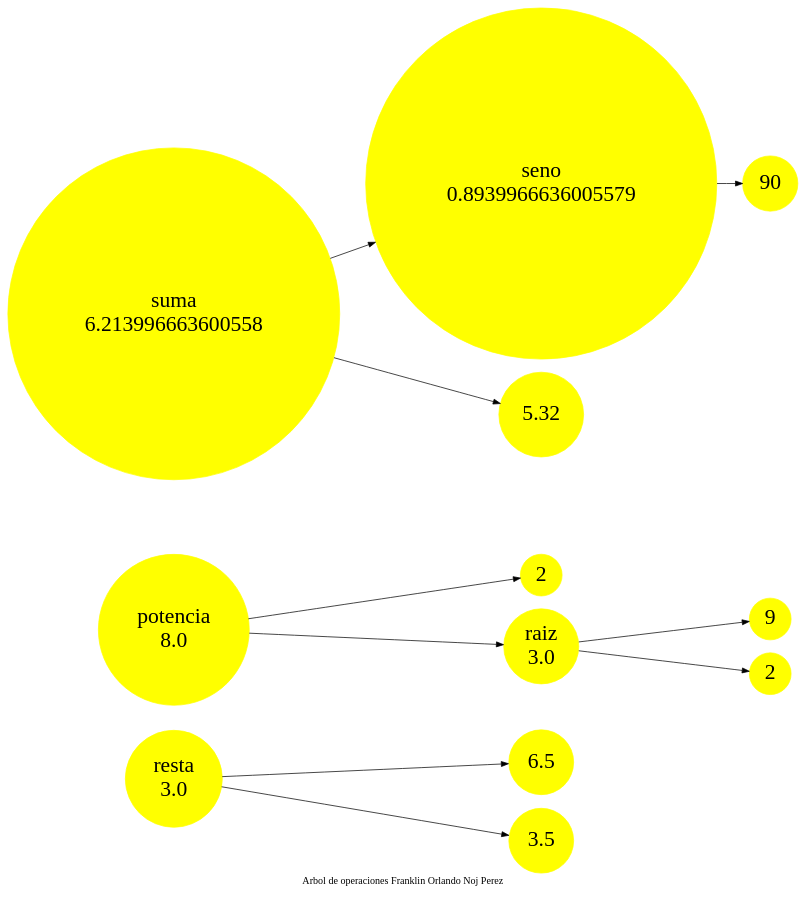
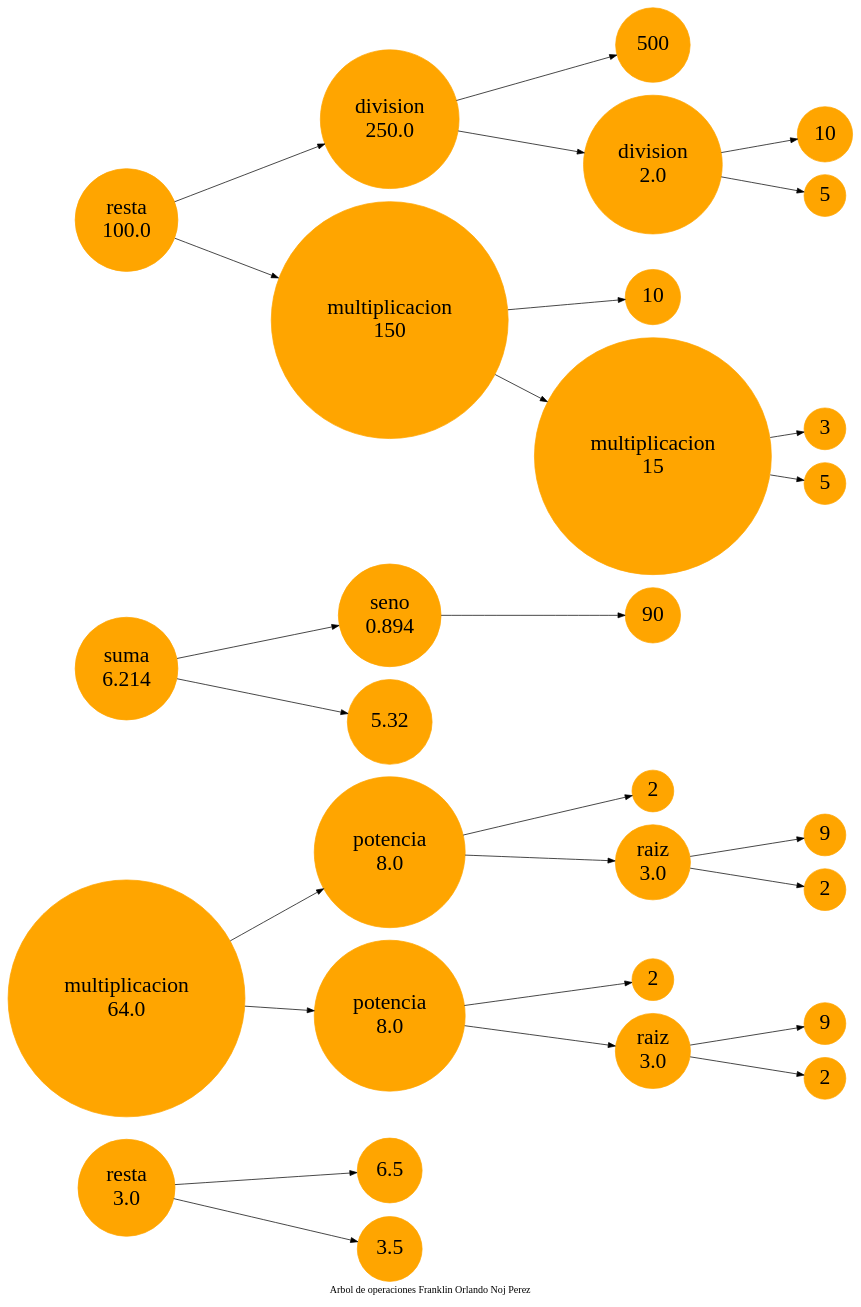
One commit to FranklinONP/LFP_S2_2023_Proyecto1_202200089 changed the diagram in bb.dot. Above: the diagram before and after it, drawn with Graphviz. The commit also changed 9 other files, not shown here.

```diff
--- a/bb.dot
+++ b/bb.dot
@@ -1,26 +1,59 @@
 digraph G {
                     label=" Arbol de operaciones Franklin Orlando Noj Perez"
                     rankdir="LR"
-                    node[style=filled, color=" yellow", fontcolor=" black", shape=circle, fontsize=30,fontweight="bold"]nodo00[label="resta\n3.0"];
+                    node[style=filled, color=" orange", fontcolor=" black", shape=circle, fontsize=30,fontweight="bold"]nodo00[label="resta\n3.0"];
 nodo01_left[label="6.5"];
 nodo00 -> nodo01_left;
 nodo01_right[label="3.5"];
 nodo00 -> nodo01_right;
-nodo10[label="potencia\n8.0"];
-nodo11_left[label="2"];
+nodo10[label="multiplicacion\n64.0"];
+nodo11_left[label="potencia\n8.0"];
+nodo12_left_left[label="2"];
+nodo11_left -> nodo12_left_left;
+nodo12_left_right[label="raiz\n3.0"];
+nodo13_left_right_left[label="9"];
+nodo12_left_right -> nodo13_left_right_left;
+nodo13_left_right_right[label="2"];
+nodo12_left_right -> nodo13_left_right_right;
+nodo11_left -> nodo12_left_right;
 nodo10 -> nodo11_left;
-nodo11_right[label="raiz\n3.0"];
-nodo12_right_left[label="9"];
+nodo11_right[label="potencia\n8.0"];
+nodo12_right_left[label="2"];
 nodo11_right -> nodo12_right_left;
-nodo12_right_right[label="2"];
+nodo12_right_right[label="raiz\n3.0"];
+nodo13_right_right_left[label="9"];
+nodo12_right_right -> nodo13_right_right_left;
+nodo13_right_right_right[label="2"];
+nodo12_right_right -> nodo13_right_right_right;
 nodo11_right -> nodo12_right_right;
 nodo10 -> nodo11_right;
-nodo20[label="suma\n6.213996663600558"];
-nodo21_left[label="seno\n0.8939966636005579"];
+nodo20[label="suma\n6.214"];
+nodo21_left[label="seno\n0.894"];
 nodo22_left_tri[label="90"];
 nodo21_left -> nodo22_left_tri;
 nodo20 -> nodo21_left;
 nodo21_right[label="5.32"];
 nodo20 -> nodo21_right;
+nodo30[label="resta\n100.0"];
+nodo31_left[label="division\n250.0"];
+nodo32_left_left[label="500"];
+nodo31_left -> nodo32_left_left;
+nodo32_left_right[label="division\n2.0"];
+nodo33_left_right_left[label="10"];
+nodo32_left_right -> nodo33_left_right_left;
+nodo33_left_right_right[label="5"];
+nodo32_left_right -> nodo33_left_right_right;
+nodo31_left -> nodo32_left_right;
+nodo30 -> nodo31_left;
+nodo31_right[label="multiplicacion\n150"];
+nodo32_right_left[label="10"];
+nodo31_right -> nodo32_right_left;
+nodo32_right_right[label="multiplicacion\n15"];
+nodo33_right_right_left[label="3"];
+nodo32_right_right -> nodo33_right_right_left;
+nodo33_right_right_right[label="5"];
+nodo32_right_right -> nodo33_right_right_right;
+nodo31_right -> nodo32_right_right;
+nodo30 -> nodo31_right;
 
 }
```
